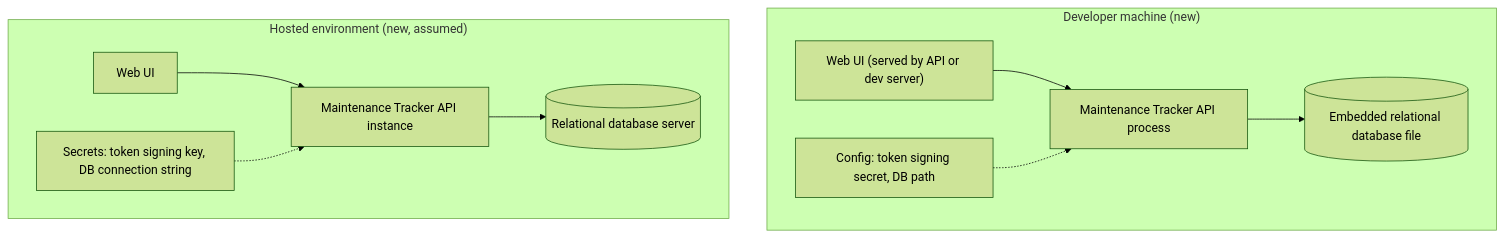
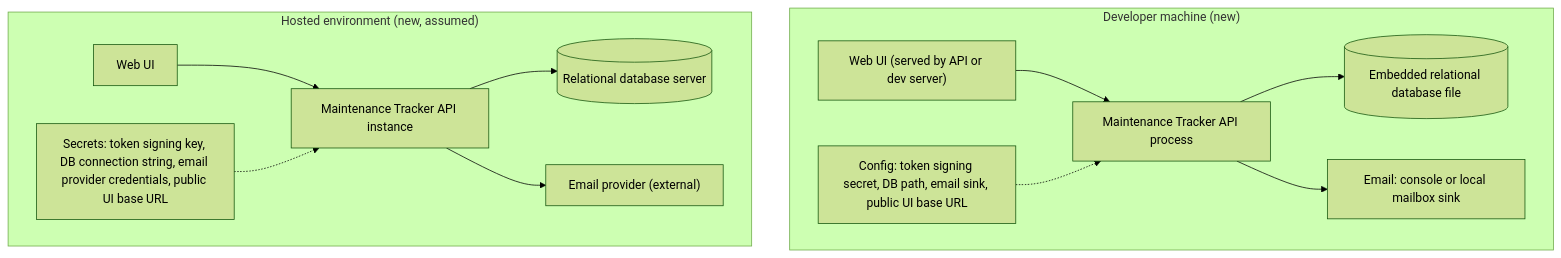
Diagram 13 of 13 in Docs/designs/Vehicle Maintenance Tracker.md (dieggob/TechnicalTestModernTech), drawn with Mermaid (forest theme) before and after one commit. The commit also changed other lines of this file and 2 other files, not shown here.

````diff
--- a/Docs/designs/Vehicle Maintenance Tracker.md
+++ b/Docs/designs/Vehicle Maintenance Tracker.md
@@ -462,21 +731,25 @@
 ```mermaid
 flowchart TB
   subgraph Local["Developer machine (new)"]
     api1["Maintenance Tracker API process"]
     ui1["Web UI (served by API or dev server)"]
     db1[("Embedded relational database file")]
-    cfg1["Config: token signing secret, DB path"]
+    mail1["Email: console or local mailbox sink"]
+    cfg1["Config: token signing secret, DB path, email sink, public UI base URL"]
     ui1 --> api1
     api1 --> db1
+    api1 --> mail1
     cfg1 -.-> api1
   end
   subgraph Server["Hosted environment (new, assumed)"]
     api2["Maintenance Tracker API instance"]
     ui2["Web UI"]
     db2[("Relational database server")]
-    cfg2["Secrets: token signing key, DB connection string"]
+    mail2["Email provider (external)"]
+    cfg2["Secrets: token signing key, DB connection string, email provider credentials, public UI base URL"]
     ui2 --> api2
     api2 --> db2
+    api2 --> mail2
     cfg2 -.-> api2
   end
 ```
````
